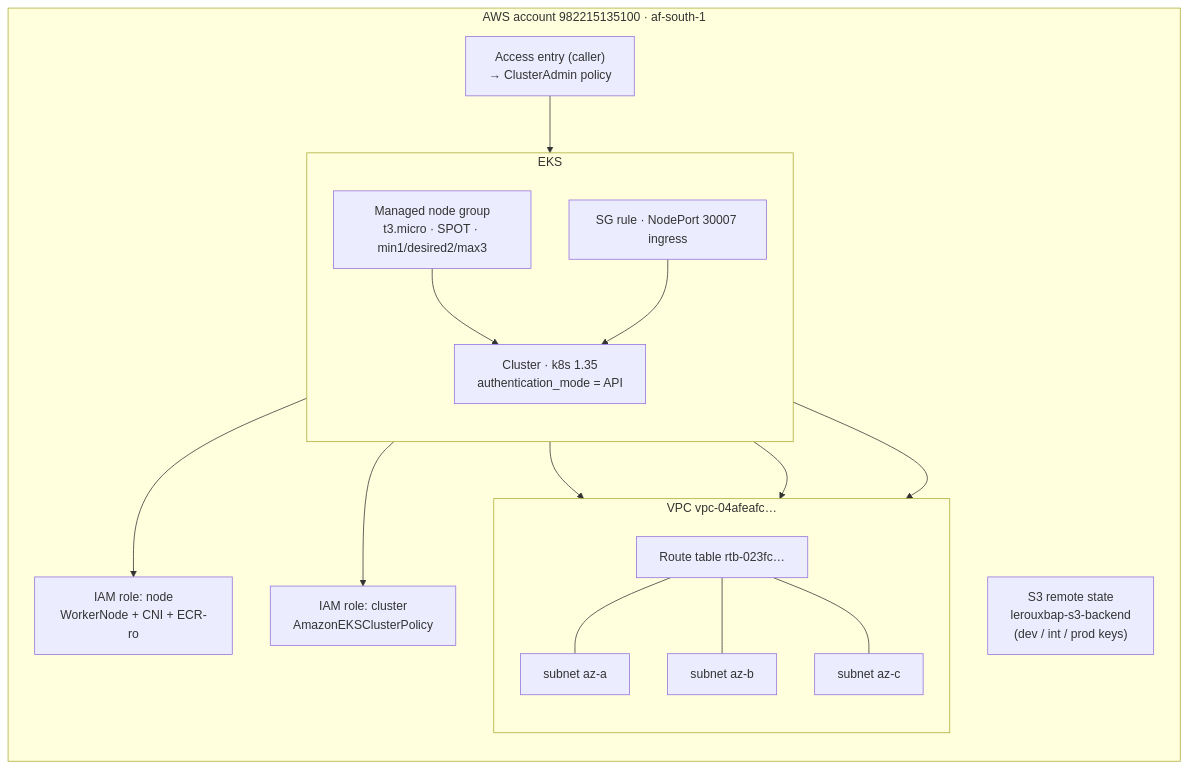
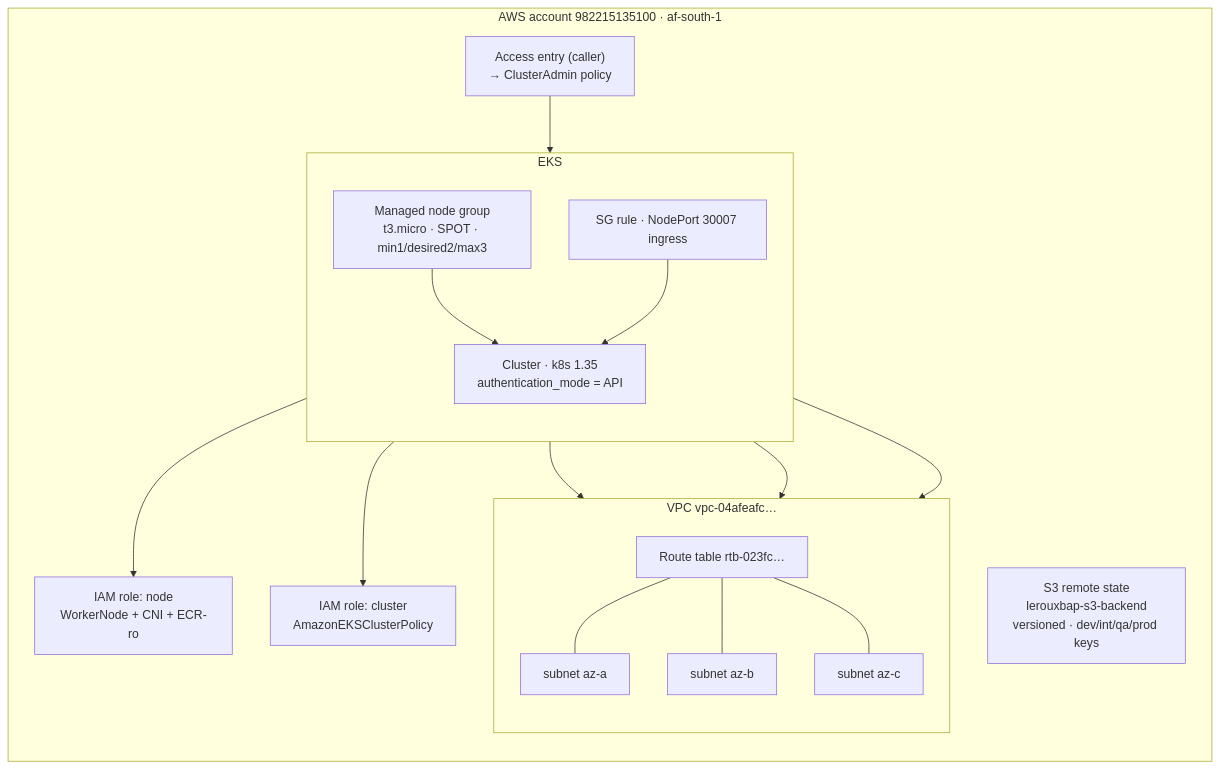
One commit to BrandonLeroux/capitec-terraform-training changed the first of 6 diagrams in README.md. Above: the diagram before and after it, drawn with Mermaid. The commit also changed other lines of this file and 2 other files, not shown here.

First line of the commit message:
Harden state backend + refresh docs

````diff
--- a/README.md
+++ b/README.md
@@ -14,34 +14,34 @@
 ```mermaid
 flowchart TB
   subgraph AWS["AWS account 982215135100 · af-south-1"]
     direction TB
-    S3["S3 remote state<br/>lerouxbap-s3-backend<br/>(dev / int / prod keys)"]
+    S3["S3 remote state<br/>lerouxbap-s3-backend<br/>versioned · dev/int/qa/prod keys"]
 
     subgraph VPC["VPC vpc-04afeafc…"]
       direction TB
       RT["Route table rtb-023fc…"]
       SNa["subnet az-a"]
       SNb["subnet az-b"]
       SNc["subnet az-c"]
       RT --- SNa & SNb & SNc
     end
 
     subgraph EKSG["EKS"]
       direction TB
       CL["Cluster · k8s 1.35<br/>authentication_mode = API"]
       NG["Managed node group<br/>t3.micro · SPOT · min1/desired2/max3"]
       SG["SG rule · NodePort 30007 ingress"]
     end
 
     IAMc["IAM role: cluster<br/>AmazonEKSClusterPolicy"]
     IAMn["IAM role: node<br/>WorkerNode + CNI + ECR-ro"]
     AE["Access entry (caller)<br/>→ ClusterAdmin policy"]
   end
 
   CL --> SNa & SNb & SNc
   NG --> CL
   NG --> IAMn
   CL --> IAMc
   AE --> CL
   SG --> CL
 ```
````
